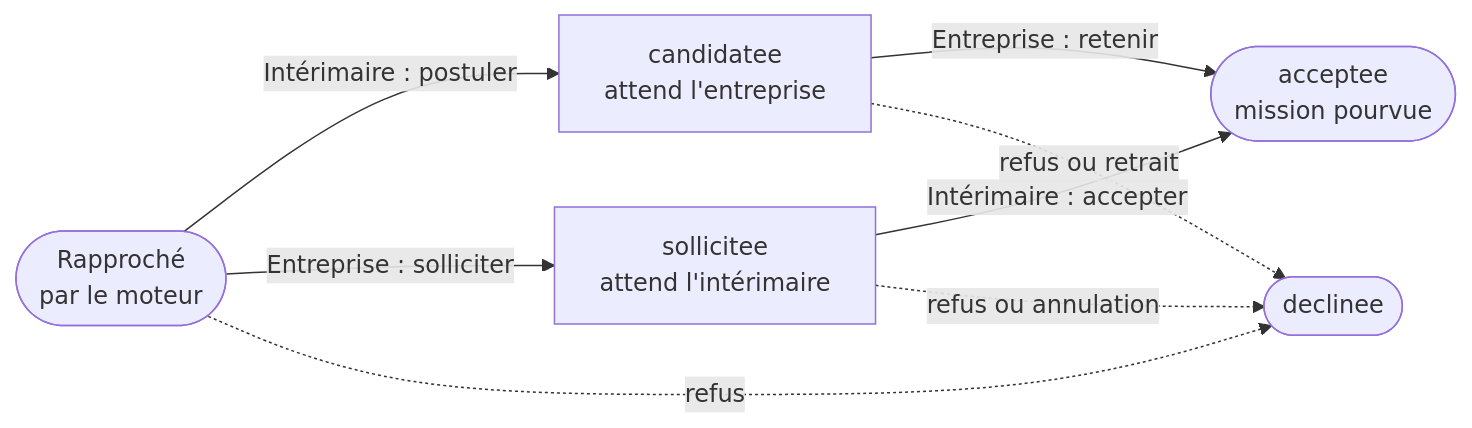
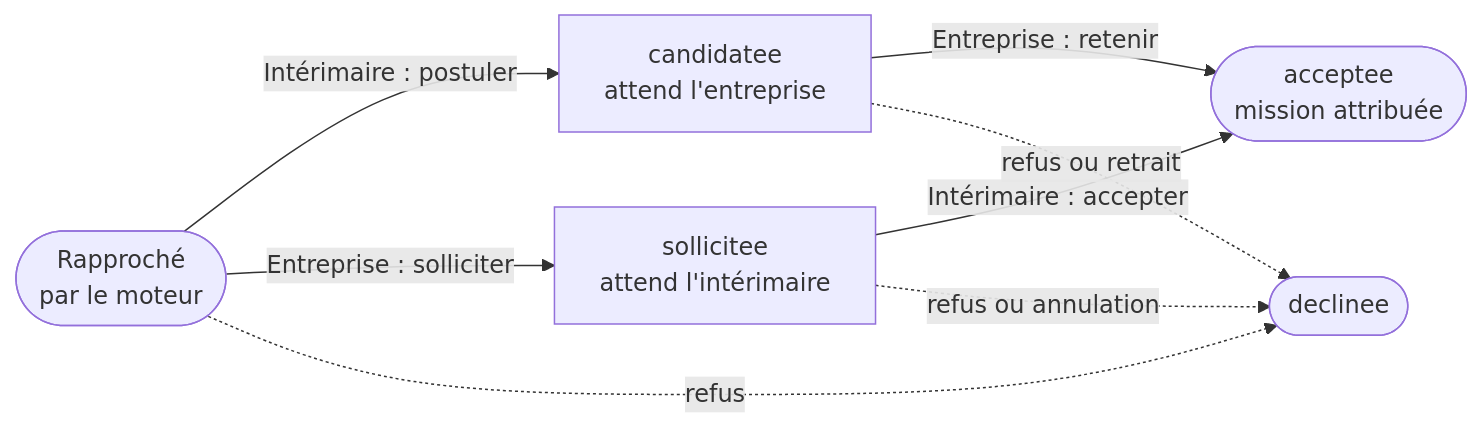
One commit to Cloud-io09/interim-platform-group-8 changed the fifth of 5 diagrams in docs/architecture.md. Above: the diagram before and after it, drawn with Mermaid. The commit also changed other lines of this file and 13 other files, not shown here.

Commit message:
fix: « attribuée » remplace « pourvue » dans tout le produit

````diff
--- a/docs/architecture.md
+++ b/docs/architecture.md
@@ -288,17 +288,17 @@
 ```mermaid
 flowchart LR
   R(["Rapproché<br/>par le moteur"])
   C["candidatee<br/>attend l'entreprise"]
   S["sollicitee<br/>attend l'intérimaire"]
-  A(["acceptee<br/>mission pourvue"])
+  A(["acceptee<br/>mission attribuée"])
   D(["declinee"])
 
   R -->|"Intérimaire : postuler"| C
   C -->|"Entreprise : retenir"| A
   R -->|"Entreprise : solliciter"| S
   S -->|"Intérimaire : accepter"| A
 
   R -.->|refus| D
   C -.->|refus ou retrait| D
   S -.->|refus ou annulation| D
 ```
````
